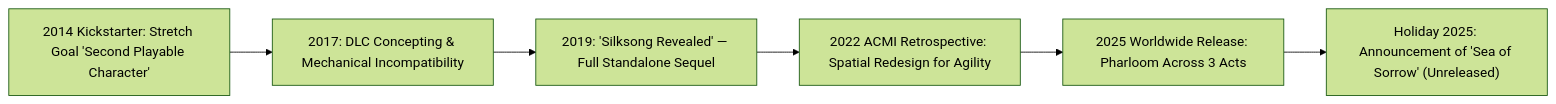
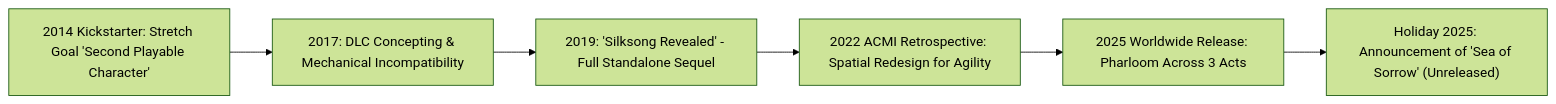
The first of 5 diagrams in 10_SILKSONG_NARRATIVE.md (smile-plzz/hollow-knight-both-games), drawn with Mermaid (forest theme) before and after one commit. The commit also changed other lines of this file and 29 other files, not shown here.

````diff
--- a/10_SILKSONG_NARRATIVE.md
+++ b/10_SILKSONG_NARRATIVE.md
@@ -13,8 +15,8 @@
 ```mermaid
 flowchart LR
     A["2014 Kickstarter: Stretch Goal 'Second Playable Character'"] --> B["2017: DLC Concepting & Mechanical Incompatibility"]
-    B --> C["2019: 'Silksong Revealed' — Full Standalone Sequel"]
+    B --> C["2019: 'Silksong Revealed' - Full Standalone Sequel"]
     C --> D["2022 ACMI Retrospective: Spatial Redesign for Agility"]
     D --> E["2025 Worldwide Release: Pharloom Across 3 Acts"]
     E --> F["Holiday 2025: Announcement of 'Sea of Sorrow' (Unreleased)"]
 ```
````
